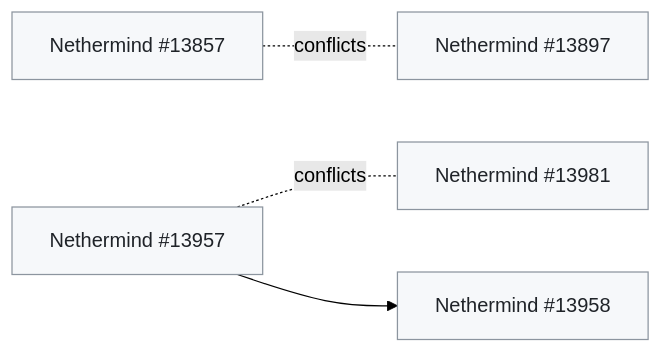
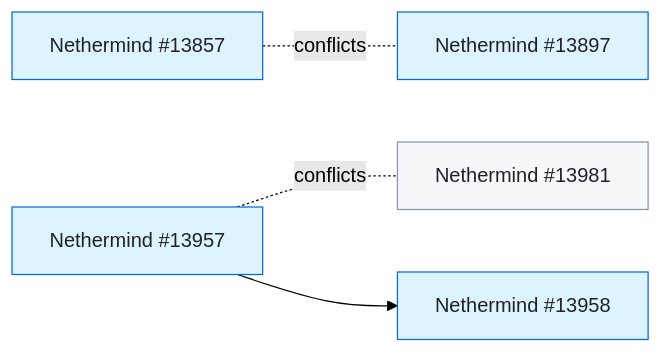
Before and after one commit to banteg/trace-interop: the second of 3 diagrams in docs/client-fixes.md, drawn with Mermaid (forest theme). The commit also changed other lines of this file and 16 other files, not shown here.

First line of the commit message:
docs(decisions): record nethermind's h06 agreement and refresh merged prs

````diff
--- a/docs/client-fixes.md
+++ b/docs/client-fixes.md
@@ -84,12 +84,13 @@
 ```mermaid
 flowchart LR
-  Nethermind_13857["Nethermind #13857"]:::open
-  Nethermind_13897["Nethermind #13897"]:::open
-  Nethermind_13957["Nethermind #13957"]:::open
+  Nethermind_13857["Nethermind #13857"]:::merged
+  Nethermind_13897["Nethermind #13897"]:::merged
+  Nethermind_13957["Nethermind #13957"]:::merged
   Nethermind_13981["Nethermind #13981"]:::open
-  Nethermind_13958["Nethermind #13958"]:::open
+  Nethermind_13958["Nethermind #13958"]:::merged
   Nethermind_13857 -. conflicts .- Nethermind_13897
   Nethermind_13957 -. conflicts .- Nethermind_13981
   Nethermind_13957 --> Nethermind_13958
   classDef open fill:#f6f8fa,stroke:#8c959f,color:#1f2328
+  classDef merged fill:#ddf4ff,stroke:#0969da,color:#1f2328
 ```
````
